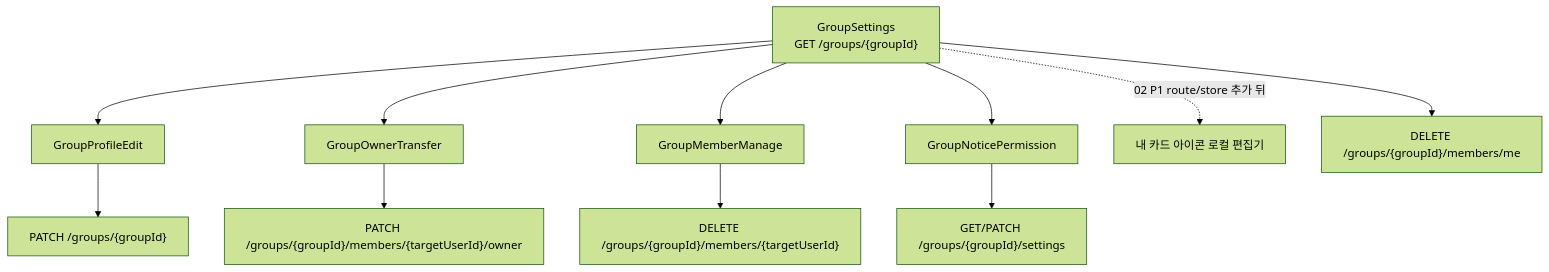
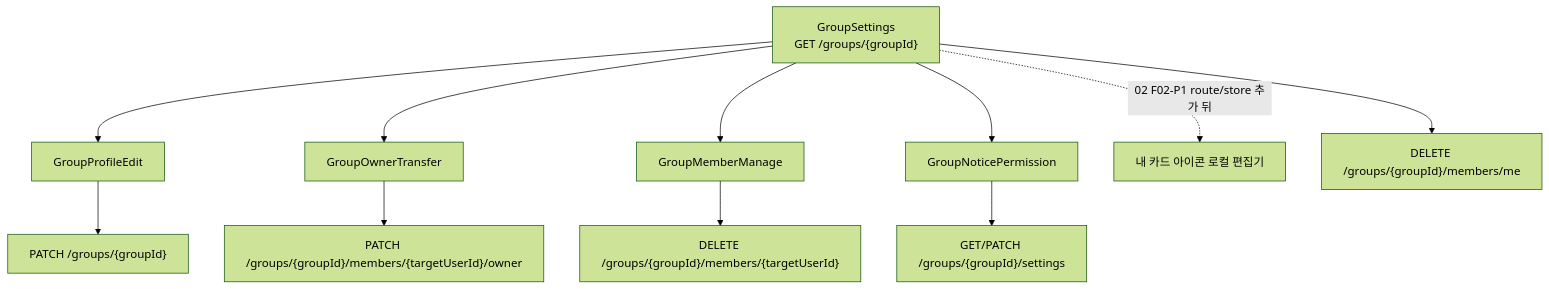
One commit to OneOrThree/phone changed the third of 3 diagrams in docs/prd/group/features/04-operation/high-level-design.md. Above: the diagram before and after it, drawn with Mermaid (forest theme). The commit also changed other lines of this file and 21 other files, not shown here.

````diff
--- a/docs/prd/group/features/04-operation/high-level-design.md
+++ b/docs/prd/group/features/04-operation/high-level-design.md
@@ -62,15 +63,15 @@
 ```mermaid
 flowchart TB
     Settings["GroupSettings\nGET /groups/{groupId}"]
     Settings --> Profile["GroupProfileEdit"]
     Settings --> Transfer["GroupOwnerTransfer"]
     Settings --> Manage["GroupMemberManage"]
     Settings --> Permission["GroupNoticePermission"]
-    Settings -.->|"02 P1 route/store 추가 뒤"| Emoji["내 카드 아이콘 로컬 편집기"]
+    Settings -.->|"02 F02-P1 route/store 추가 뒤"| Emoji["내 카드 아이콘 로컬 편집기"]
     Settings --> Withdraw["DELETE /groups/{groupId}/members/me"]
 
     Profile --> Update["PATCH /groups/{groupId}"]
     Transfer --> OwnerApi["PATCH /groups/{groupId}/members/{targetUserId}/owner"]
     Manage --> KickApi["DELETE /groups/{groupId}/members/{targetUserId}"]
     Permission --> GrantApi["GET/PATCH /groups/{groupId}/settings"]
 ```
````
